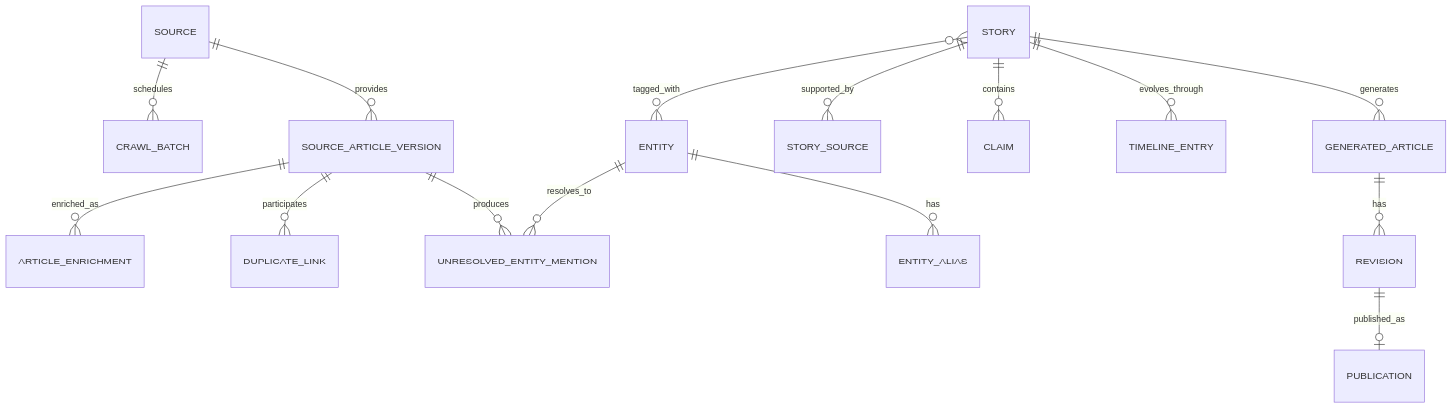
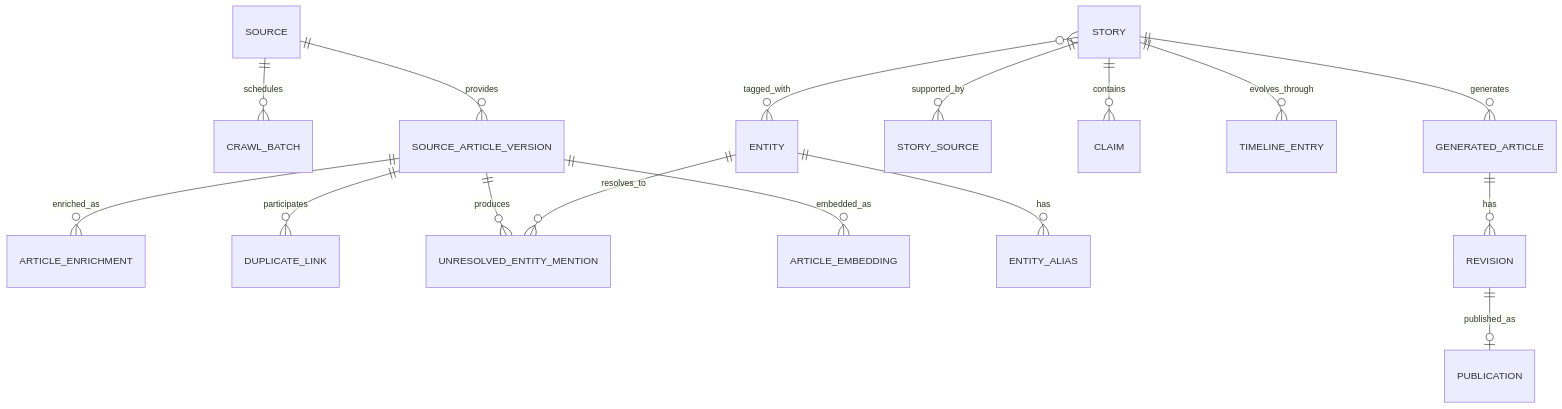
One commit to marvinphung/project3 changed the first of 2 diagrams in docs/data-model.md. Above: the diagram before and after it, drawn with Mermaid. The commit also changed other lines of this file and 22 other files, not shown here.

````diff
--- a/docs/data-model.md
+++ b/docs/data-model.md
@@ -15,17 +15,18 @@
 ```mermaid
 erDiagram
     SOURCE ||--o{ CRAWL_BATCH : schedules
     SOURCE ||--o{ SOURCE_ARTICLE_VERSION : provides
     SOURCE_ARTICLE_VERSION ||--o{ ARTICLE_ENRICHMENT : enriched_as
     SOURCE_ARTICLE_VERSION ||--o{ DUPLICATE_LINK : participates
     SOURCE_ARTICLE_VERSION ||--o{ UNRESOLVED_ENTITY_MENTION : produces
+    SOURCE_ARTICLE_VERSION ||--o{ ARTICLE_EMBEDDING : embedded_as
     ENTITY ||--o{ ENTITY_ALIAS : has
     ENTITY ||--o{ UNRESOLVED_ENTITY_MENTION : resolves_to
     STORY }o--o{ ENTITY : tagged_with
     STORY ||--o{ STORY_SOURCE : supported_by
     STORY ||--o{ CLAIM : contains
     STORY ||--o{ TIMELINE_ENTRY : evolves_through
     STORY ||--o{ GENERATED_ARTICLE : generates
     GENERATED_ARTICLE ||--o{ REVISION : has
     REVISION ||--o| PUBLICATION : published_as
 ```
````
